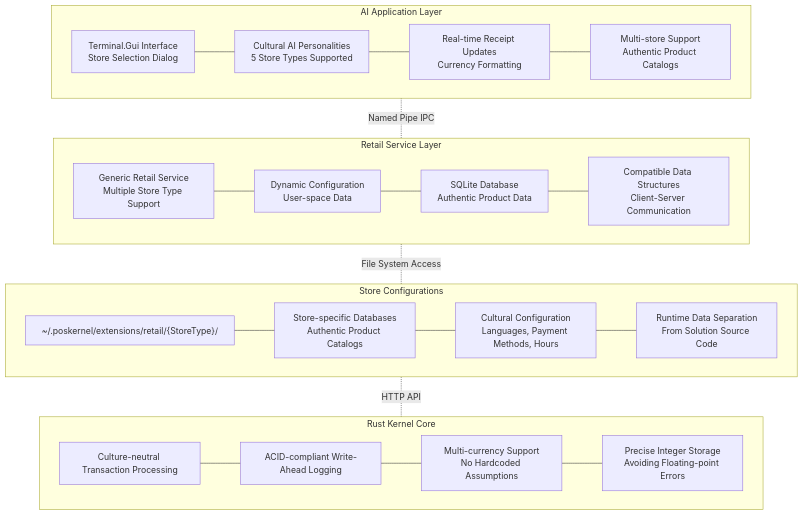
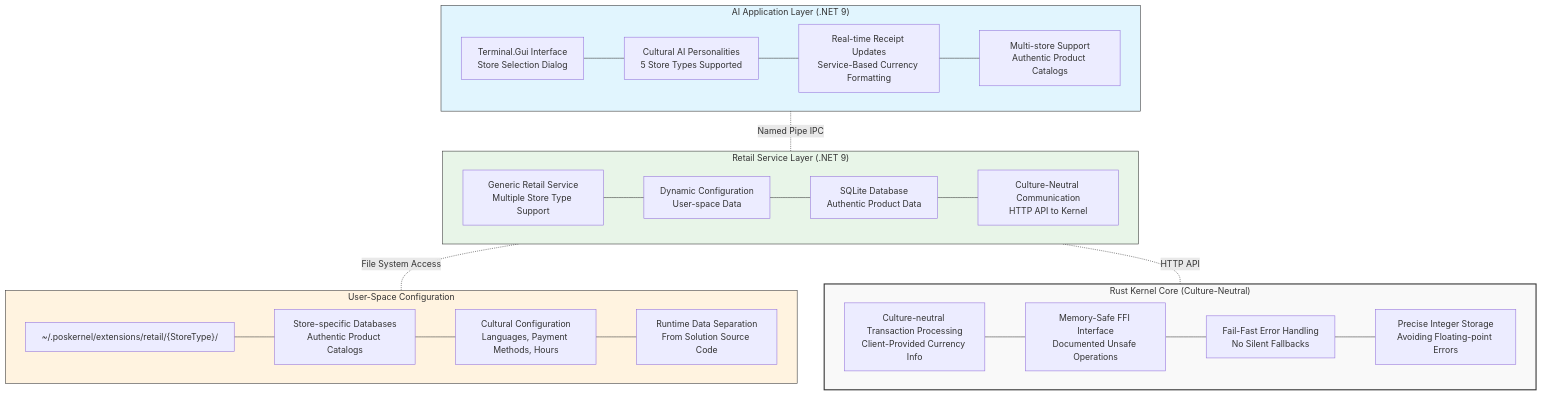
The first of 6 diagrams in README.md (paulmooreparks/PosKernel), drawn with Mermaid before and after one commit. The commit also changed other lines of this file and 35 other files, not shown here.

Commit message:
Progressing toward a redesign of the receipt and how the kernel handles linked items.

````diff
--- a/README.md
+++ b/README.md
@@ -36,38 +40,43 @@
 ```mermaid
 graph TB
-    subgraph AL ["AI Application Layer"]
+    subgraph AL ["AI Application Layer (.NET 9)"]
         direction LR
         A["Terminal.Gui Interface<br/>Store Selection Dialog"]
         A --- B["Cultural AI Personalities<br/>5 Store Types Supported"]
-        B --- C["Real-time Receipt Updates<br/>Currency Formatting"]
+        B --- C["Real-time Receipt Updates<br/>Service-Based Currency Formatting"]
         C --- D["Multi-store Support<br/>Authentic Product Catalogs"]
     end
     
-    subgraph RL ["Retail Service Layer"]
+    subgraph RL ["Retail Service Layer (.NET 9)"]
         direction LR
         E["Generic Retail Service<br/>Multiple Store Type Support"]
         E --- F["Dynamic Configuration<br/>User-space Data"]
         F --- G["SQLite Database<br/>Authentic Product Data"]
-        G --- H["Compatible Data Structures<br/>Client-Server Communication"]
+        G --- H["Culture-Neutral Communication<br/>HTTP API to Kernel"]
     end
     
-    subgraph UL ["Store Configurations"]
+    subgraph UL ["User-Space Configuration"]
         direction LR
         I["~/.poskernel/extensions/retail/{StoreType}/"]
         I --- J["Store-specific Databases<br/>Authentic Product Catalogs"]
         J --- K["Cultural Configuration<br/>Languages, Payment Methods, Hours"]
         K --- L["Runtime Data Separation<br/>From Solution Source Code"]
     end
     
-    subgraph KL ["Rust Kernel Core"]
+    subgraph KL ["Rust Kernel Core (Culture-Neutral)"]
         direction LR
-        M["Culture-neutral Transaction Processing"]
-        M --- N["ACID-compliant Write-Ahead Logging"]
-        N --- O["Multi-currency Support<br/>No Hardcoded Assumptions"]
+        M["Culture-neutral Transaction Processing<br/>Client-Provided Currency Info"]
+        M --- N["Memory-Safe FFI Interface<br/>Documented Unsafe Operations"]
+        N --- O["Fail-Fast Error Handling<br/>No Silent Fallbacks"]
         O --- P["Precise Integer Storage<br/>Avoiding Floating-point Errors"]
     end
 
     AL -.-|Named Pipe IPC| RL
     RL -.-|File System Access| UL
-    UL -.-|HTTP API| KL
+    RL -.-|HTTP API| KL
+    
+    style KL fill:#f9f9f9,stroke:#333,stroke-width:2px
+    style AL fill:#e1f5fe,stroke:#333,stroke-width:1px
+    style RL fill:#e8f5e8,stroke:#333,stroke-width:1px
+    style UL fill:#fff3e0,stroke:#333,stroke-width:1px
 ```
````
